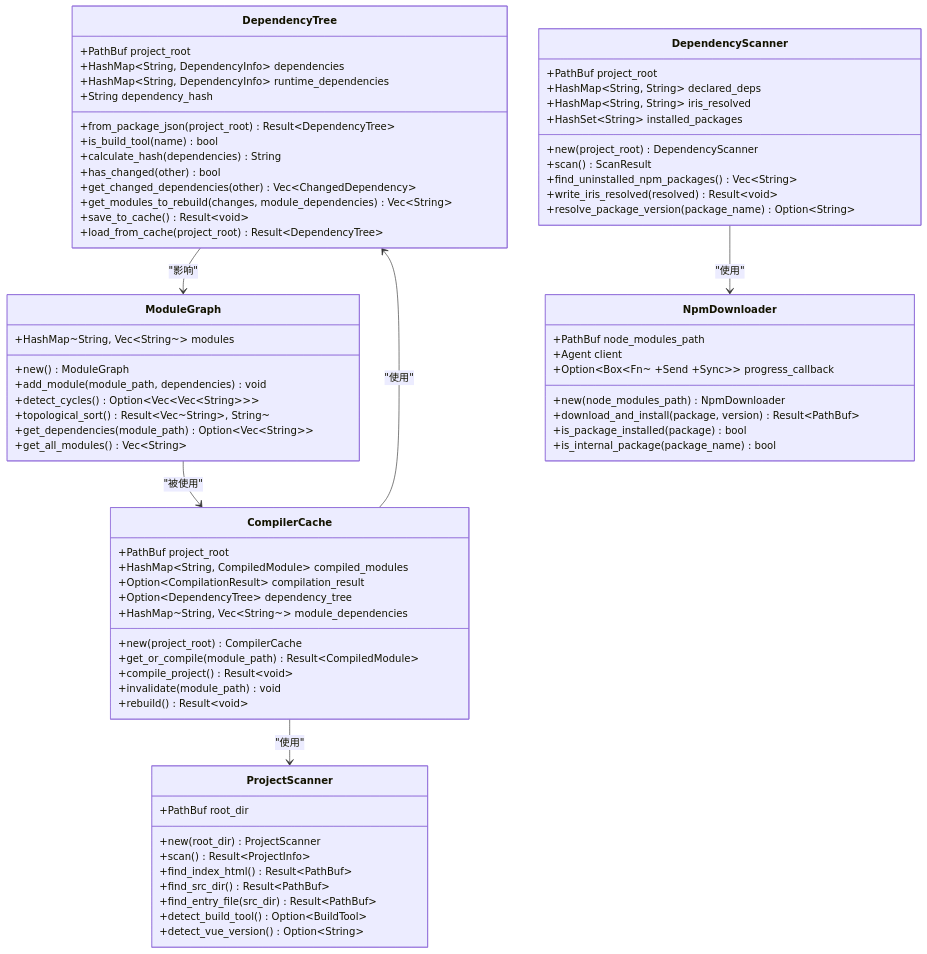
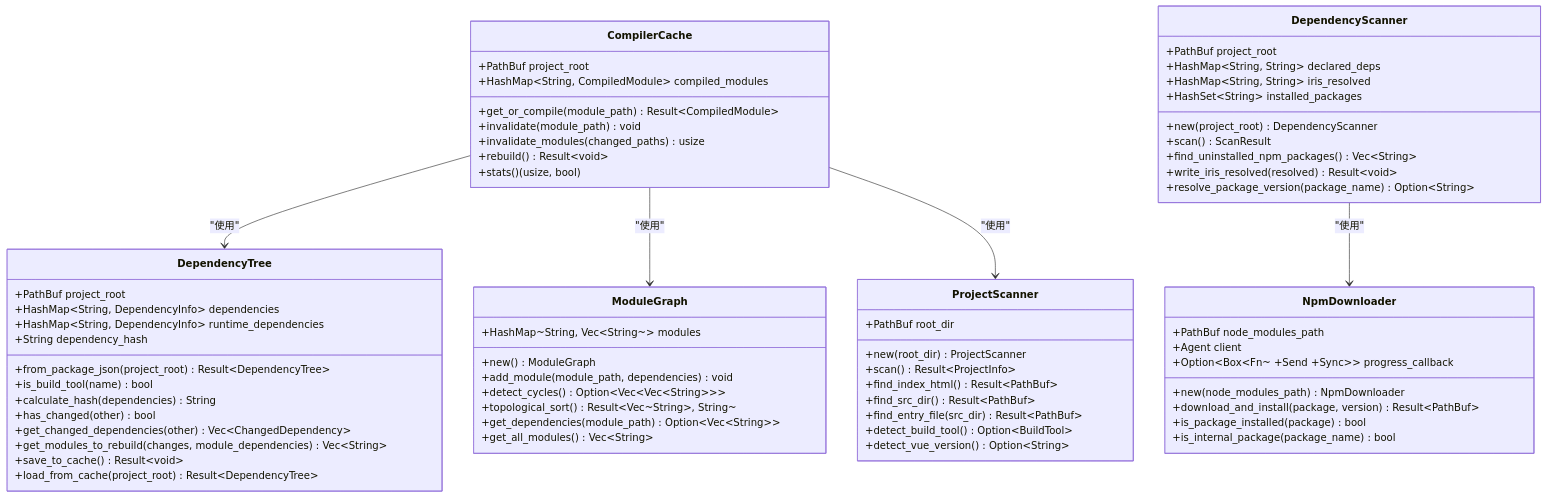
One commit to itszzl-sudo/iris changed the second of 13 diagrams in .qoder/repowiki/zh/content/核心功能特性/依赖树管理功能文档.md. Above: the diagram before and after it, drawn with Mermaid. The commit also changed other lines of this file and 17 other files, not shown here.

````diff
--- a/.qoder/repowiki/zh/content/核心功能特性/依赖树管理功能文档.md
+++ b/.qoder/repowiki/zh/content/核心功能特性/依赖树管理功能文档.md
@@ -135,73 +136,69 @@
 ```mermaid
 classDiagram
+class CompilerCache {
++PathBuf project_root
++HashMap~String, CompiledModule~ compiled_modules
++get_or_compile(module_path) Result~CompiledModule~
++invalidate(module_path) void
++invalidate_modules(changed_paths) usize
++rebuild() Result~void~
++stats() (usize, bool)
+}
 class DependencyTree {
 +PathBuf project_root
 +HashMap~String, DependencyInfo~ dependencies
 +HashMap~String, DependencyInfo~ runtime_dependencies
 +String dependency_hash
 +from_package_json(project_root) Result~DependencyTree~
 +is_build_tool(name) bool
 +calculate_hash(dependencies) String
 +has_changed(other) bool
 +get_changed_dependencies(other) Vec~ChangedDependency~
 +get_modules_to_rebuild(changes, module_dependencies) Vec~String~
 +save_to_cache() Result~void~
 +load_from_cache(project_root) Result~DependencyTree~
 }
 class DependencyScanner {
 +PathBuf project_root
 +HashMap~String, String~ declared_deps
 +HashMap~String, String~ iris_resolved
 +HashSet~String~ installed_packages
 +new(project_root) DependencyScanner
 +scan() ScanResult
 +find_uninstalled_npm_packages() Vec~String~
 +write_iris_resolved(resolved) Result~void~
 +resolve_package_version(package_name) Option~String~
 }
 class ModuleGraph {
 +HashMap~String, Vec~String~~ modules
 +new() ModuleGraph
 +add_module(module_path, dependencies) void
 +detect_cycles() Option~Vec~Vec~String~~~
 +topological_sort() Result~Vec~String~, String~
 +get_dependencies(module_path) Option~Vec~String~~
 +get_all_modules() Vec~String~
 }
 class ProjectScanner {
 +PathBuf root_dir
 +new(root_dir) ProjectScanner
 +scan() Result~ProjectInfo~
 +find_index_html() Result~PathBuf~
 +find_src_dir() Result~PathBuf~
 +find_entry_file(src_dir) Result~PathBuf~
 +detect_build_tool() Option~BuildTool~
 +detect_vue_version() Option~String~
 }
-class CompilerCache {
-+PathBuf project_root
-+HashMap~String, CompiledModule~ compiled_modules
-+Option~CompilationResult~ compilation_result
-+Option~DependencyTree~ dependency_tree
-+HashMap~String, Vec~String~~ module_dependencies
-+new(project_root) CompilerCache
-+get_or_compile(module_path) Result~CompiledModule~
-+compile_project() Result~void~
-+invalidate(module_path) void
-+rebuild() Result~void~
-}
 class NpmDownloader {
 +PathBuf node_modules_path
 +Agent client
 +Option~Box~Fn~ +Send +Sync~~ progress_callback
 +new(node_modules_path) NpmDownloader
 +download_and_install(package, version) Result~PathBuf~
 +is_package_installed(package) bool
 +is_internal_package(package_name) bool
 }
-DependencyTree --> ModuleGraph : "影响"
 CompilerCache --> DependencyTree : "使用"
+CompilerCache --> ModuleGraph : "使用"
 CompilerCache --> ProjectScanner : "使用"
-ModuleGraph --> CompilerCache : "被使用"
 DependencyScanner --> NpmDownloader : "使用"
 ```
````
